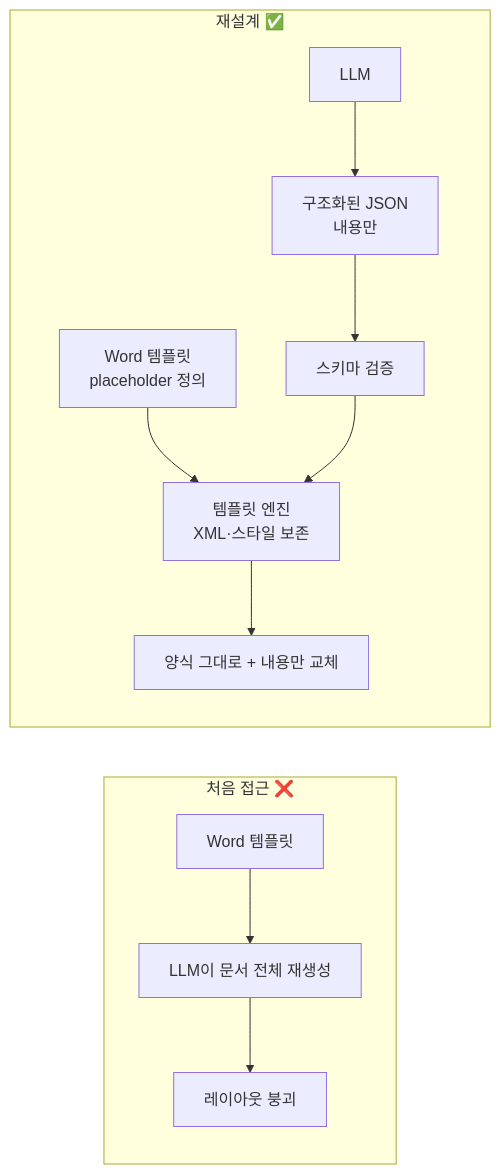
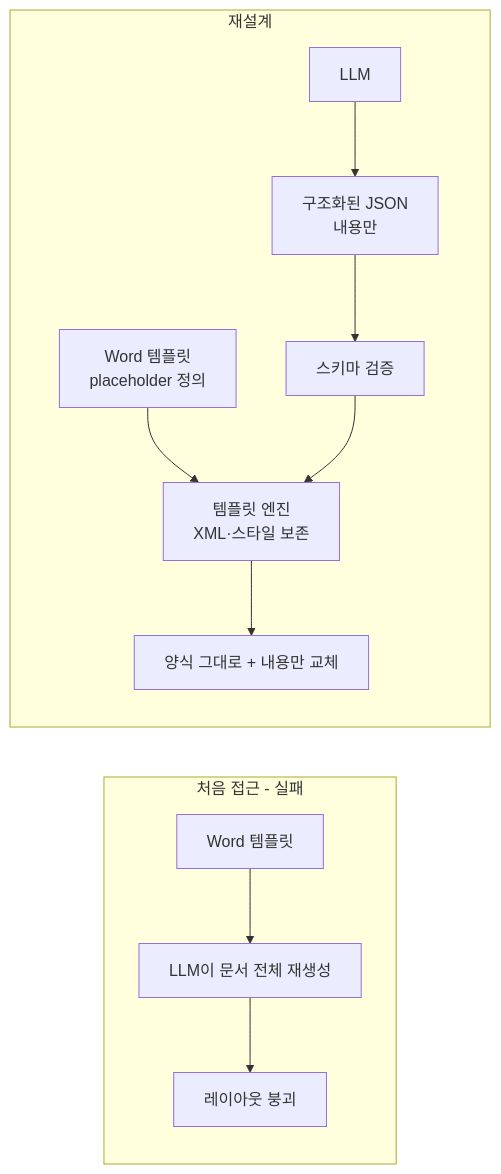
Before and after one commit to funpinbo/leejaehwi-story: the diagram in 06_MID_문서형식유지_작성AGENT/docs/01-architecture.md, drawn with Mermaid. The commit also changed 54 other files, not shown here.

````diff
--- a/06_MID_문서형식유지_작성AGENT/docs/01-architecture.md
+++ b/06_MID_문서형식유지_작성AGENT/docs/01-architecture.md
@@ -5,11 +5,11 @@
 ```mermaid
 flowchart LR
-    subgraph Before[처음 접근 ❌]
+    subgraph Before[처음 접근 - 실패]
         T1[Word 템플릿] --> L1[LLM이 문서 전체 재생성] --> D1[레이아웃 붕괴]
     end
-    subgraph After[재설계 ✅]
+    subgraph After[재설계]
         T2[Word 템플릿<br/>placeholder 정의] --> E[템플릿 엔진<br/>XML·스타일 보존]
         L2[LLM] --> J[구조화된 JSON<br/>내용만] --> V[스키마 검증] --> E
         E --> D2[양식 그대로 + 내용만 교체]
     end
 ```
````
